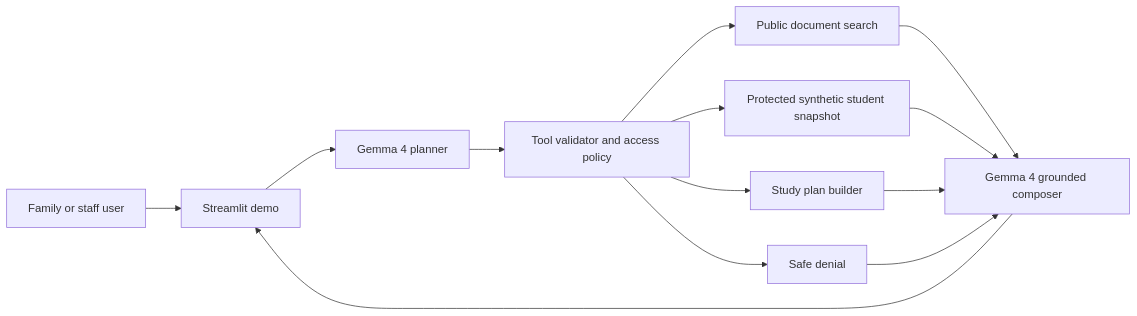
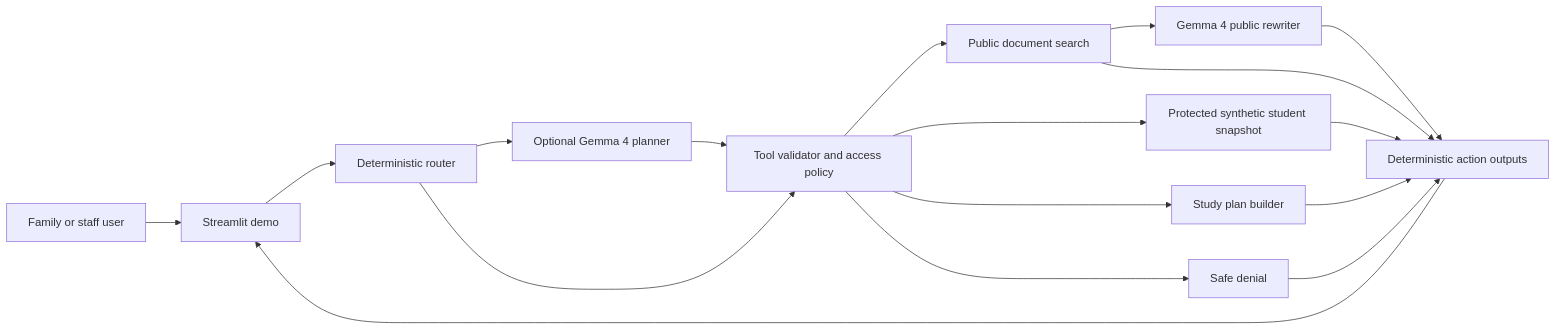
One commit to EliseuODaniel/eduassist-gemma-good changed the diagram in docs/submission/technical-writeup.md. Above: the diagram before and after it, drawn with Mermaid. The commit also changed other lines of this file and 14 other files, not shown here.

````diff
--- a/docs/submission/technical-writeup.md
+++ b/docs/submission/technical-writeup.md
@@ -24,15 +24,19 @@
 ```mermaid
 flowchart LR
     U["Family or staff user"] --> UI["Streamlit demo"]
-    UI --> P["Gemma 4 planner"]
-    P --> V["Tool validator and access policy"]
+    UI --> R["Deterministic router"]
+    R --> P["Optional Gemma 4 planner"]
+    R --> V["Tool validator and access policy"]
+    P --> V
     V --> T1["Public document search"]
     V --> T2["Protected synthetic student snapshot"]
     V --> T3["Study plan builder"]
     V --> D["Safe denial"]
-    T1 --> C["Gemma 4 grounded composer"]
-    T2 --> C
-    T3 --> C
-    D --> C
-    C --> UI
+    T1 --> G["Gemma 4 public rewriter"]
+    T1 --> A["Deterministic action outputs"]
+    T2 --> A
+    T3 --> A
+    D --> A
+    G --> A
+    A --> UI
 ```
````
